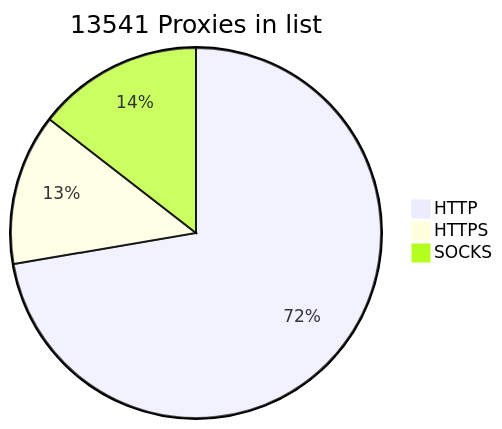
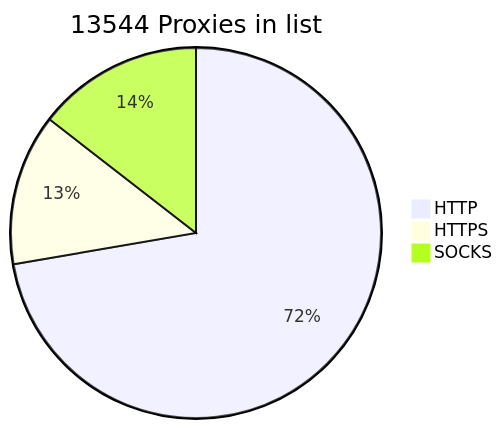
Before and after one commit to BlackSnowDot/proxylist-update-every-minute: the diagram in README.md, drawn with Mermaid. The commit also changed other lines of this file, not shown here.

````diff
--- a/README.md
+++ b/README.md
@@ -2,6 +2,6 @@
 ```mermaid
-pie title 13541 Proxies in list
-    "HTTP" : 10291
-    "HTTPS": 1877
+pie title 13544 Proxies in list
+    "HTTP" : 10288
+    "HTTPS": 1880
     "SOCKS" : 2063
 ```
````
